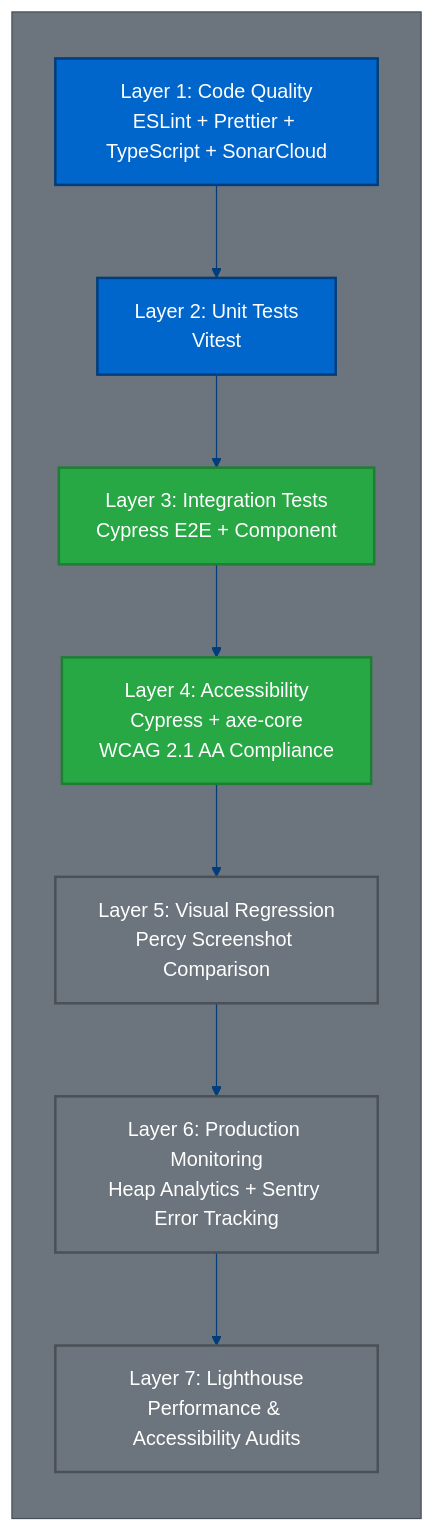
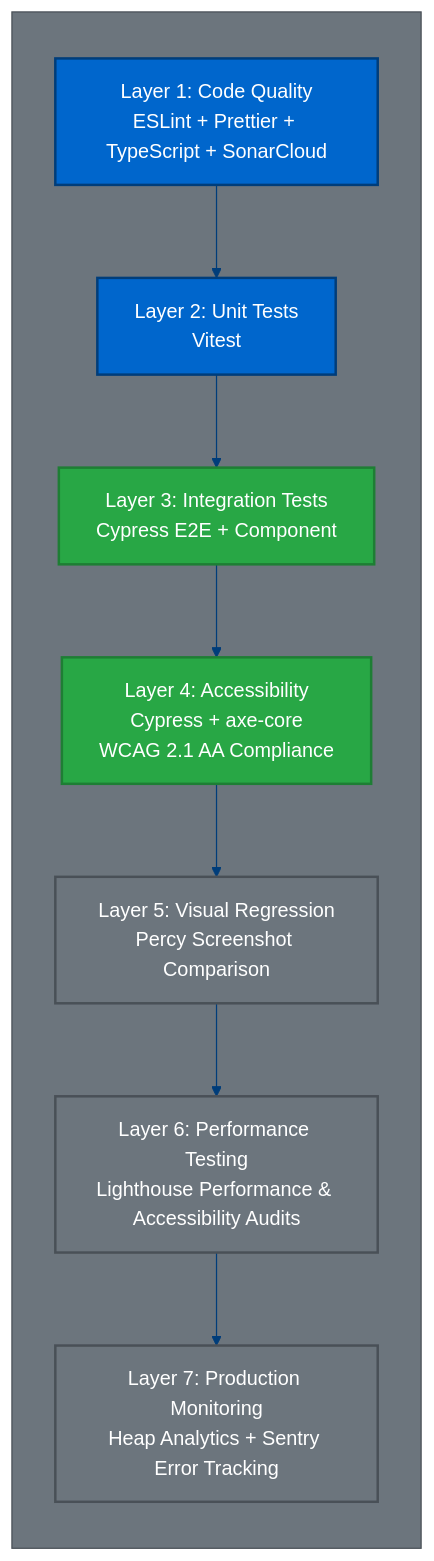
One commit to hivemq/hivemq-edge changed the first of 3 diagrams in hivemq-edge-frontend/docs/architecture/TESTING_ARCHITECTURE.md. Above: the diagram before and after it, drawn with Mermaid. The commit also changed other lines of this file and 29 other files, not shown here.

````diff
--- a/hivemq-edge-frontend/docs/architecture/TESTING_ARCHITECTURE.md
+++ b/hivemq-edge-frontend/docs/architecture/TESTING_ARCHITECTURE.md
@@ -56,39 +56,39 @@
 ```mermaid
 %%{init: {'theme':'base', 'themeVariables': {
   'primaryColor':'#0066CC',
   'primaryTextColor':'#FFFFFF',
   'primaryBorderColor':'#003D7A',
   'secondaryColor':'#28A745',
   'secondaryTextColor':'#FFFFFF',
   'secondaryBorderColor':'#1E7E34',
   'tertiaryColor':'#6C757D',
   'tertiaryTextColor':'#FFFFFF',
   'tertiaryBorderColor':'#495057',
   'lineColor':'#003D7A'
 }}}%%
 graph BT
     subgraph " "
         L1[Layer 1: Code Quality<br/>ESLint + Prettier + TypeScript + SonarCloud]
         L2[Layer 2: Unit Tests<br/>Vitest]
         L3[Layer 3: Integration Tests<br/>Cypress E2E + Component]
         L4[Layer 4: Accessibility<br/>Cypress + axe-core<br/>WCAG 2.1 AA Compliance]
         L5[Layer 5: Visual Regression<br/>Percy Screenshot Comparison]
-        L6[Layer 6: Production Monitoring<br/>Heap Analytics + Sentry Error Tracking]
-        L7[Layer 7: Lighthouse<br/>Performance & Accessibility Audits]
+        L6[Layer 6: Performance Testing<br/>Lighthouse Performance & Accessibility Audits]
+        L7[Layer 7: Production Monitoring<br/>Heap Analytics + Sentry Error Tracking]
     end
 
     L1 --> L2
     L2 --> L3
     L3 --> L4
     L4 --> L5
     L5 --> L6
     L6 --> L7
 
     style L1 fill:#0066CC,stroke:#003D7A,stroke-width:2px,color:#FFFFFF
     style L2 fill:#0066CC,stroke:#003D7A,stroke-width:2px,color:#FFFFFF
     style L3 fill:#28A745,stroke:#1E7E34,stroke-width:2px,color:#FFFFFF
     style L4 fill:#28A745,stroke:#1E7E34,stroke-width:2px,color:#FFFFFF
     style L5 fill:#6C757D,stroke:#495057,stroke-width:2px,color:#FFFFFF
     style L6 fill:#6C757D,stroke:#495057,stroke-width:2px,color:#FFFFFF
     style L7 fill:#6C757D,stroke:#495057,stroke-width:2px,color:#FFFFFF
 ```
````
